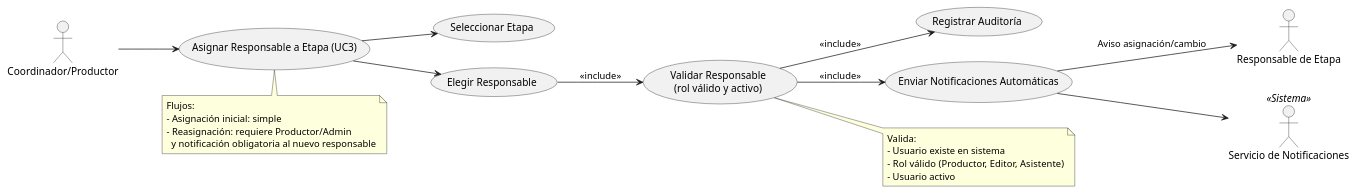
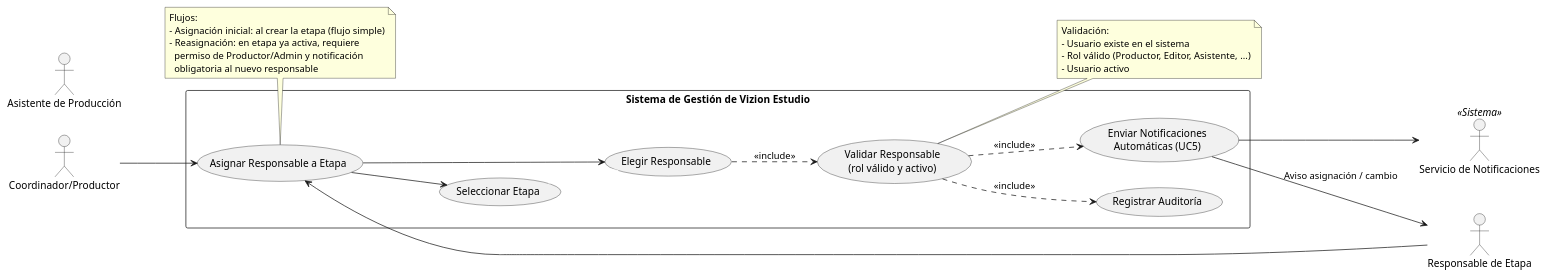
One commit to GonzaloBarbano/SistemaProductoraVideos changed the diagram in diagramas/02-casos-de-uso/02-caso-uso-asignar-responsable-etapa-03.puml. Above: the diagram before and after it, drawn with PlantUML. The commit also changed 1 other file, not shown here.

Commit message:
Correccion diagrama asignar-responsable-etapa

```diff
--- a/diagramas/02-casos-de-uso/02-caso-uso-asignar-responsable-etapa-03.puml
+++ b/diagramas/02-casos-de-uso/02-caso-uso-asignar-responsable-etapa-03.puml
@@ -1,42 +1,57 @@
 @startuml
 left to right direction
 
+' --- Actores (fuera del sistema) ---
 actor "Coordinador/Productor" as Prod
 actor "Responsable de Etapa" as Resp
+actor "Asistente de Producción" as Asist
 actor "Servicio de Notificaciones" as Notif <<Sistema>>
 
-usecase "Asignar Responsable a Etapa (UC3)" as UC3
-usecase "Seleccionar Etapa" as SeleccionarEtapa
-usecase "Elegir Responsable" as ElegirResp
-usecase "Validar Responsable\n(rol válido y activo)" as ValidaResp
-usecase "Registrar Auditoría" as Audit
-usecase "Enviar Notificaciones Automáticas" as UC5
+' --- Límite del sistema (rectángulo que separa actores de casos de uso) ---
+rectangle "Sistema de Gestión de Vizion Estudio" {
+    usecase "Asignar Responsable a Etapa" as UC3
+    usecase "Seleccionar Etapa" as SeleccionarEtapa
+    usecase "Elegir Responsable" as ElegirResp
+    usecase "Validar Responsable\n(rol válido y activo)" as ValidaResp
+    usecase "Registrar Auditoría" as Audit
+    usecase "Enviar Notificaciones\nAutomáticas (UC5)" as UC5
+}
 
-' Relaciones de actores
+' --- Asociaciones actor <-> caso de uso principal ---
 Prod --> UC3
+Resp --> UC3
+
+' --- Descomposición / sub-casos del UC3 ---
 UC3 --> SeleccionarEtapa
 UC3 --> ElegirResp
 
-' Relaciones entre casos de uso
-ElegirResp --> ValidaResp : <<include>>
-ValidaResp --> Audit : <<include>>
-ValidaResp --> UC5 : <<include>>
+' --- Inclusiones obligatorias ---
+ElegirResp ..> ValidaResp : <<include>>
+ValidaResp ..> Audit : <<include>>
+ValidaResp ..> UC5 : <<include>>
 
-UC5 --> Resp : Aviso asignación/cambio
+' --- Notificación: actor servicio y destinatario ---
 UC5 --> Notif
+UC5 --> Resp : "Aviso asignación / cambio"
 
-' Notas explicativas
+' --- Notas explicativas para el revisor ---
 note right of ValidaResp
-  Valida:
-  - Usuario existe en sistema
-  - Rol válido (Productor, Editor, Asistente)
+  Validación:
+  - Usuario existe en el sistema
+  - Rol válido (Productor, Editor, Asistente, ...)
   - Usuario activo
 end note
 
 note bottom of UC3
   Flujos:
-  - Asignación inicial: simple
-  - Reasignación: requiere Productor/Admin
-    y notificación obligatoria al nuevo responsable
+  - Asignación inicial: al crear la etapa (flujo simple)
+  - Reasignación: en etapa ya activa, requiere
+    permiso de Productor/Admin y notificación
+    obligatoria al nuevo responsable
 end note
+
+' --- Flechas ocultas para ordenar y evitar cruces ---
+SeleccionarEtapa -[#white]-> ElegirResp
+ValidaResp -[#white]-> Audit
+
 @enduml
```
